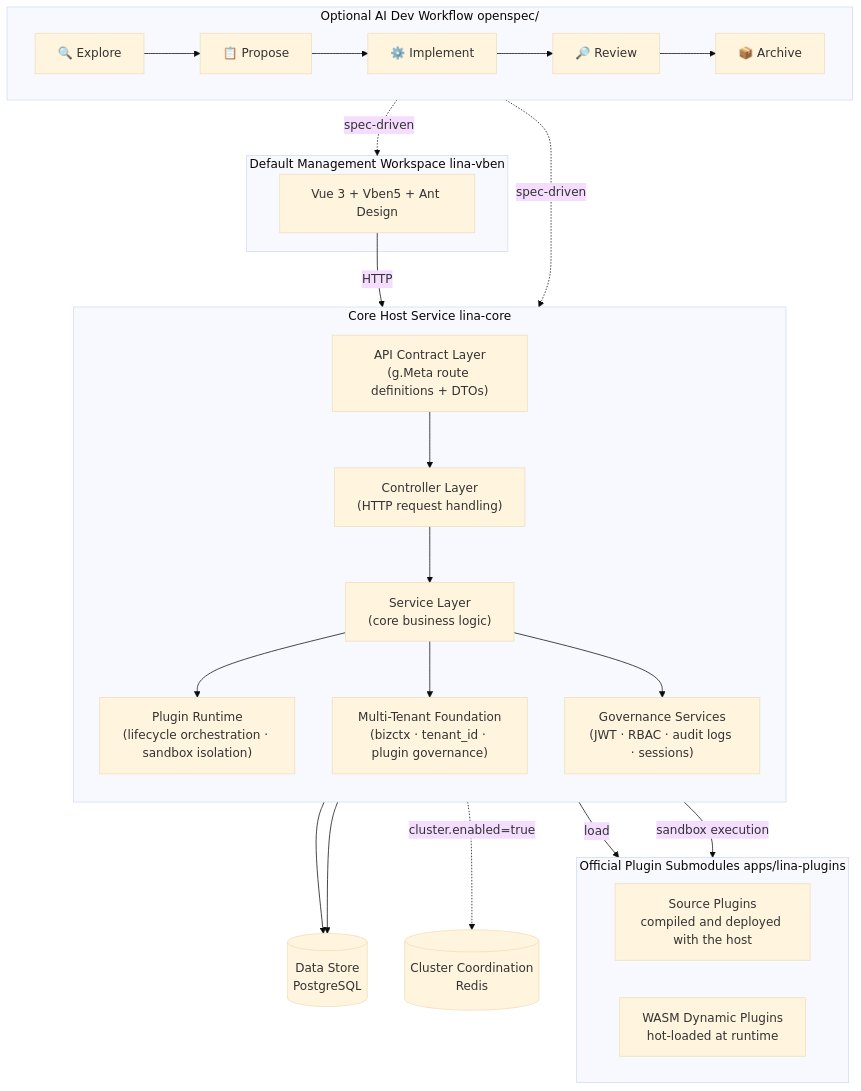
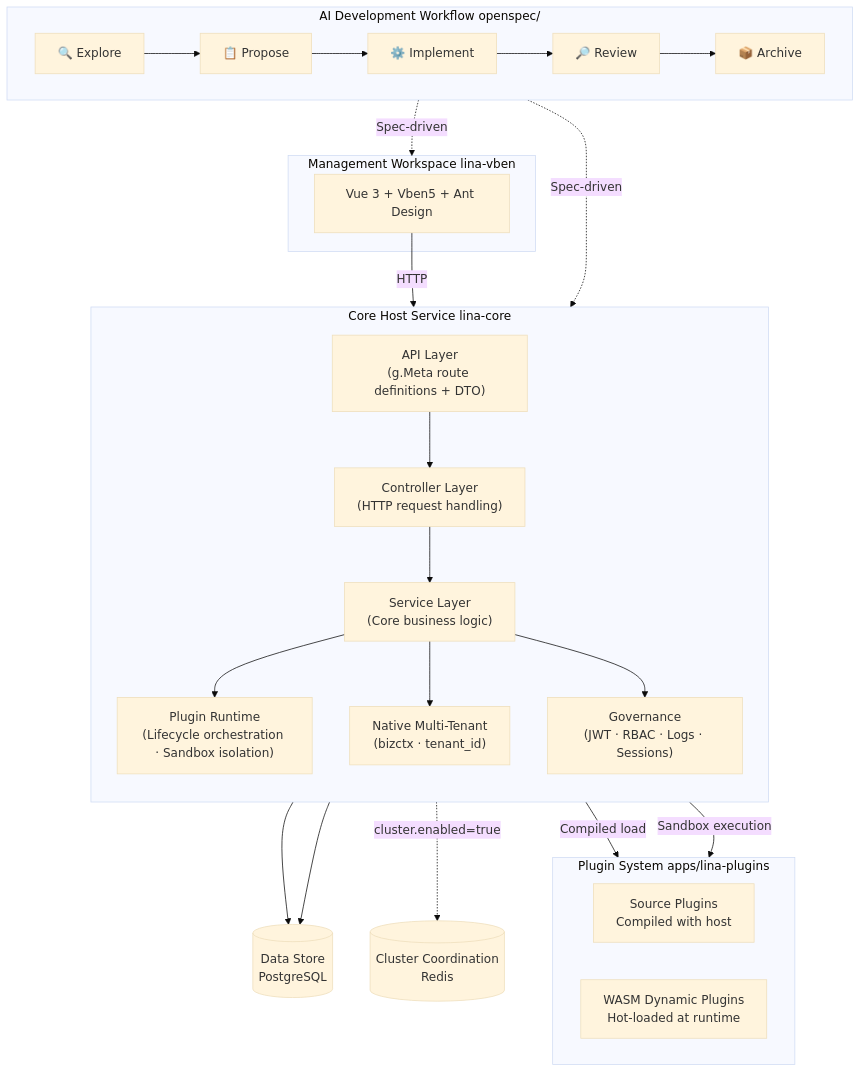
One commit to linaproai/linapro-site changed the diagram in apps/lina-site/i18n/en/docusaurus-plugin-content-docs/current/quick/1000-overview.md. Above: the diagram before and after it, drawn with Mermaid (base theme). The commit also changed other lines of this file and 6 other files, not shown here.

First line of the commit message:
docs(lina-site): rewrite architecture docs and sync EN translations

````diff
--- a/apps/lina-site/i18n/en/docusaurus-plugin-content-docs/current/quick/1000-overview.md
+++ b/apps/lina-site/i18n/en/docusaurus-plugin-content-docs/current/quick/1000-overview.md
@@ -75,43 +81,43 @@
 ```mermaid
 graph TB
-    subgraph Workflow["Optional AI Dev Workflow  openspec/"]
+    subgraph Workflow["AI Development Workflow  openspec/"]
         direction LR
         Explore["🔍 Explore"] --> Propose["📋 Propose"] --> Implement["⚙️ Implement"] --> Review["🔎 Review"] --> Archive["📦 Archive"]
     end
 
-    subgraph Frontend["Default Management Workspace  lina-vben"]
+    subgraph Frontend["Management Workspace  lina-vben"]
         UI["Vue 3 + Vben5 + Ant Design"]
     end
 
     subgraph Host["Core Host Service  lina-core"]
         direction TB
-        API["API Contract Layer\n(g.Meta route definitions + DTOs)"]
+        API["API Layer\n(g.Meta route definitions + DTO)"]
         Ctrl["Controller Layer\n(HTTP request handling)"]
-        Svc["Service Layer\n(core business logic)"]
-        Plugin["Plugin Runtime\n(lifecycle orchestration · sandbox isolation)"]
-        Tenant["Multi-Tenant Foundation\n(bizctx · tenant_id · plugin governance)"]
-        Gov["Governance Services\n(JWT · RBAC · audit logs · sessions)"]
+        Svc["Service Layer\n(Core business logic)"]
+        Plugin["Plugin Runtime\n(Lifecycle orchestration · Sandbox isolation)"]
+        Tenant["Native Multi-Tenant\n(bizctx · tenant_id)"]
+        Gov["Governance\n(JWT · RBAC · Logs · Sessions)"]
         API --> Ctrl --> Svc
         Svc --> Plugin
         Svc --> Tenant
         Svc --> Gov
     end
 
-    subgraph Plugins["Official Plugin Submodules  apps/lina-plugins"]
+    subgraph Plugins["Plugin System  apps/lina-plugins"]
         direction LR
-        Source["Source Plugins\ncompiled and deployed with the host"]
-        Dynamic["WASM Dynamic Plugins\nhot-loaded at runtime"]
+        Source["Source Plugins\nCompiled with host"]
+        Dynamic["WASM Dynamic Plugins\nHot-loaded at runtime"]
     end
 
     DB[("Data Store\nPostgreSQL")]
     Redis[("Cluster Coordination\nRedis")]
 
-    Workflow -.->|spec-driven| Frontend
-    Workflow -.->|spec-driven| Host
+    Workflow -.->|Spec-driven| Frontend
+    Workflow -.->|Spec-driven| Host
     UI -->|HTTP| API
-    Plugin -->|load| Source
-    Plugin -->|sandbox execution| Dynamic
+    Plugin -->|Compiled load| Source
+    Plugin -->|Sandbox execution| Dynamic
     Svc --> DB
     Gov --> DB
     Svc -.->|cluster.enabled=true| Redis
 ```
````
